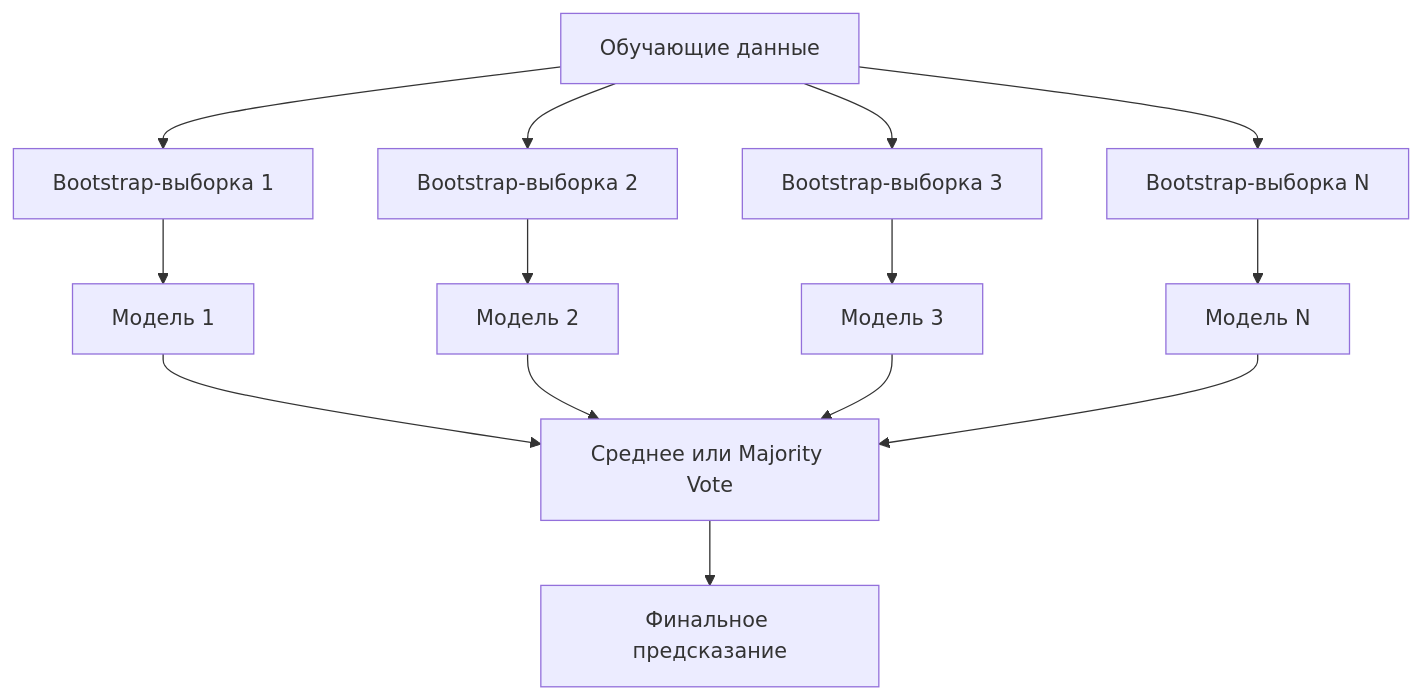
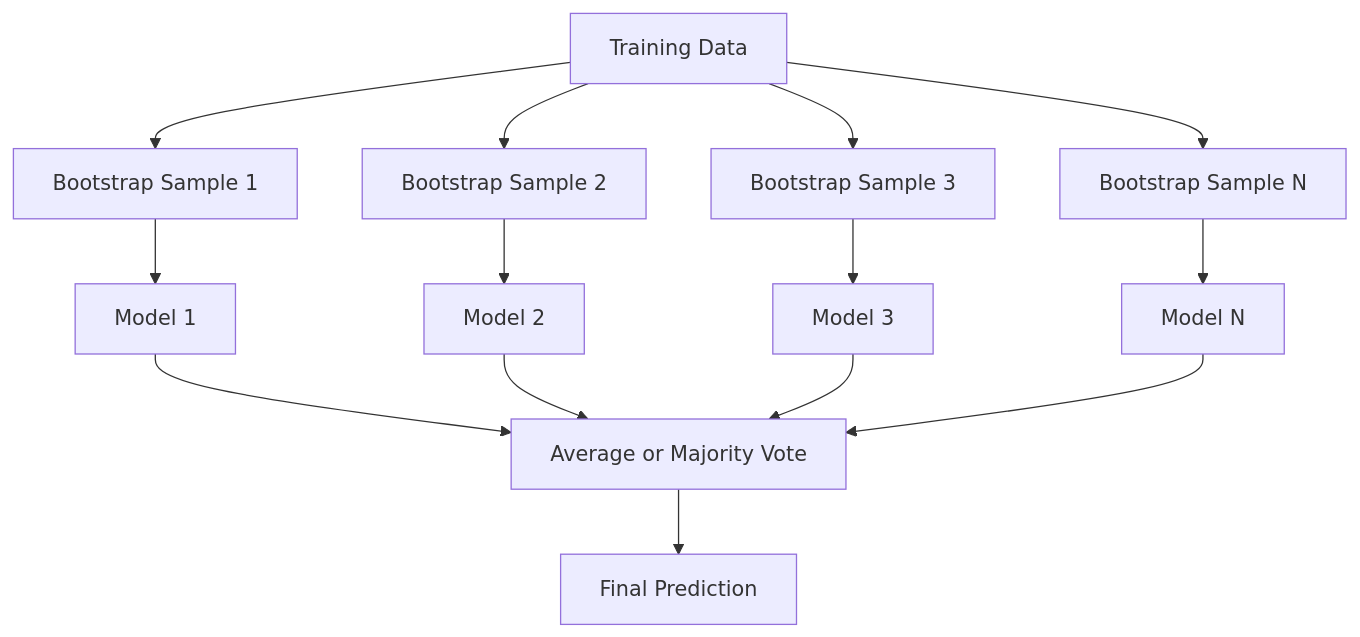
One commit to stabuev/ai-engineering-from-scratch changed the first of 3 diagrams in phases/02-ml-fundamentals/11-ensemble-methods/docs/ru.md. Above: the diagram before and after it, drawn with Mermaid. The commit also changed other lines of this file and 182 other files, not shown here.

````diff
--- a/phases/02-ml-fundamentals/11-ensemble-methods/docs/ru.md
+++ b/phases/02-ml-fundamentals/11-ensemble-methods/docs/ru.md
@@ -46,19 +46,19 @@
 ```mermaid
 flowchart TD
-    D[Обучающие данные] --> B1[Bootstrap-выборка 1]
-    D --> B2[Bootstrap-выборка 2]
-    D --> B3[Bootstrap-выборка 3]
-    D --> BN[Bootstrap-выборка N]
+    D[Training Data] --> B1[Bootstrap Sample 1]
+    D --> B2[Bootstrap Sample 2]
+    D --> B3[Bootstrap Sample 3]
+    D --> BN[Bootstrap Sample N]
 
-    B1 --> M1[Модель 1]
-    B2 --> M2[Модель 2]
-    B3 --> M3[Модель 3]
-    BN --> MN[Модель N]
+    B1 --> M1[Model 1]
+    B2 --> M2[Model 2]
+    B3 --> M3[Model 3]
+    BN --> MN[Model N]
 
-    M1 --> V[Среднее или Majority Vote]
+    M1 --> V[Average or Majority Vote]
     M2 --> V
     M3 --> V
     MN --> V
 
-    V --> P[Финальное предсказание]
+    V --> P[Final Prediction]
 ```
````
